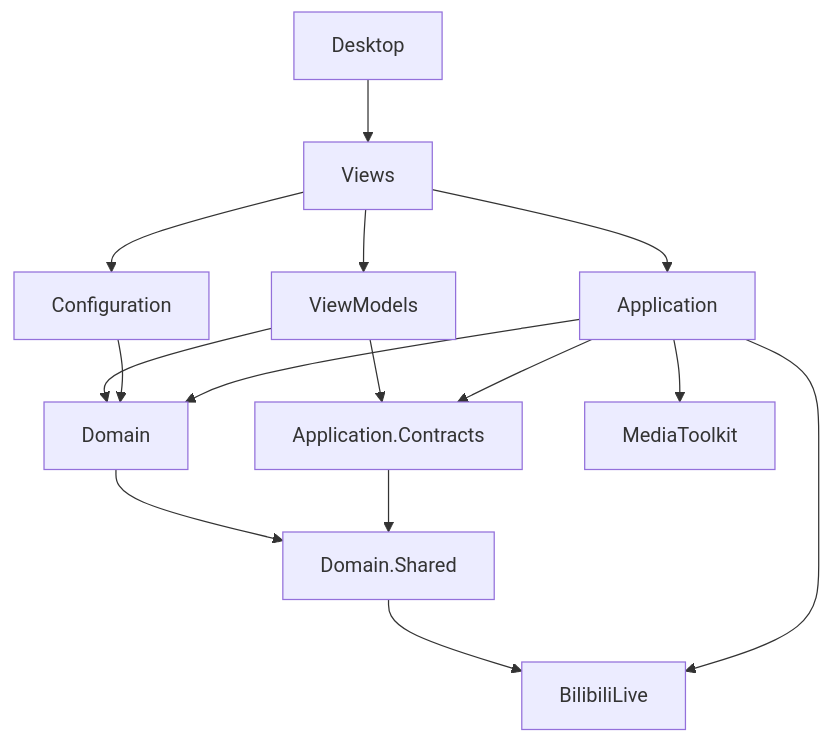
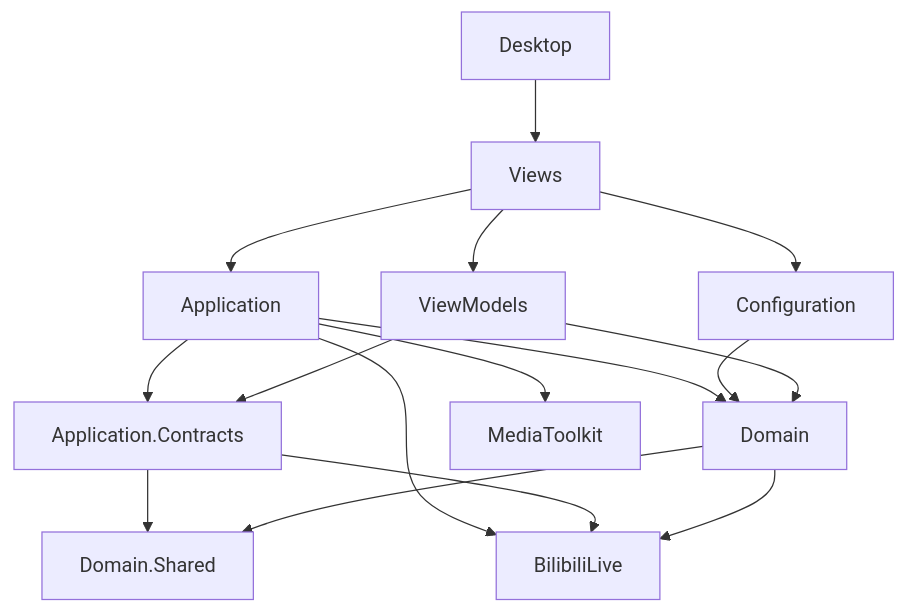
One commit to HMBSbige/BilibiliLiveRecordDownLoader changed the diagram in README.md. Above: the diagram before and after it, drawn with Mermaid. The commit also changed other lines of this file and 35 other files, not shown here.

````diff
--- a/README.md
+++ b/README.md
@@ -29,20 +31,21 @@
 ```mermaid
 flowchart TD
     Desktop["Desktop"] --> Views["Views"]
 
     Views --> Application["Application"]
     Views --> Configuration["Configuration"]
     Views --> ViewModels["ViewModels"]
 
     Application --> ApplicationContracts["Application.Contracts"]
     Application --> Domain["Domain"]
     Application --> BilibiliLive["BilibiliLive"]
     Application --> MediaToolkit["MediaToolkit"]
     Configuration --> Domain
     ViewModels --> ApplicationContracts
     ViewModels --> Domain
 
     ApplicationContracts --> DomainShared["Domain.Shared"]
+    ApplicationContracts --> BilibiliLive
     Domain --> DomainShared
-    DomainShared --> BilibiliLive
+    Domain --> BilibiliLive
 ```
````
